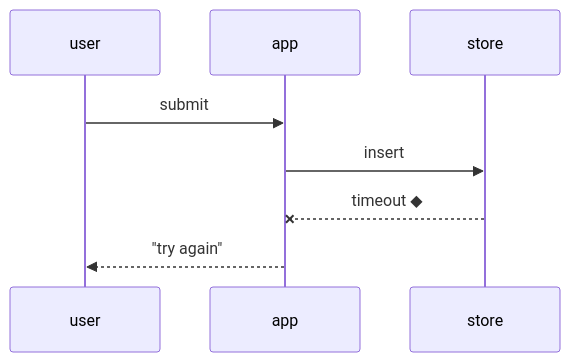
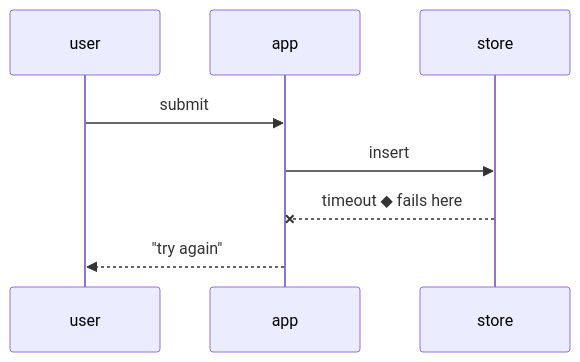
One commit to mknw/muster-skills changed the second of 3 diagrams in visualizing/FORMS.md. Above: the diagram before and after it, drawn with Mermaid. The commit also changed other lines of this file and 5 other files, not shown here.

````diff
--- a/visualizing/FORMS.md
+++ b/visualizing/FORMS.md
@@ -138,10 +145,10 @@
 ```mermaid
 sequenceDiagram
   participant U as user
   participant A as app
   participant S as store
   U->>A: submit
   A->>S: insert
-  S--xA: timeout ◆
+  S--xA: timeout ◆ fails here
   A-->>U: "try again"
 ```
````
